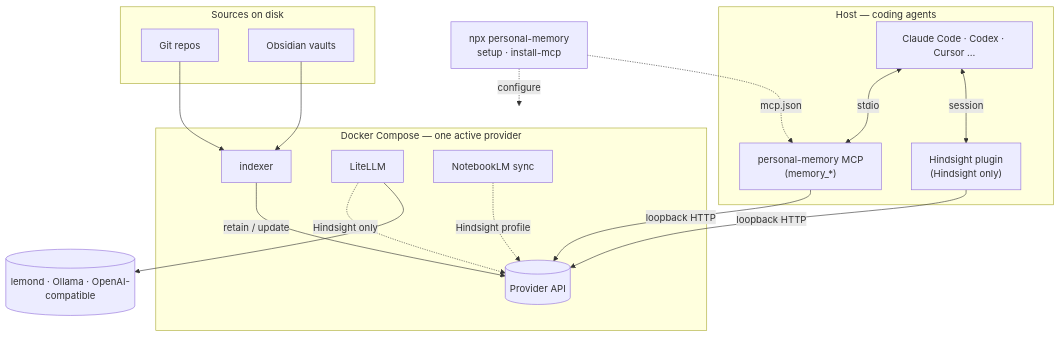
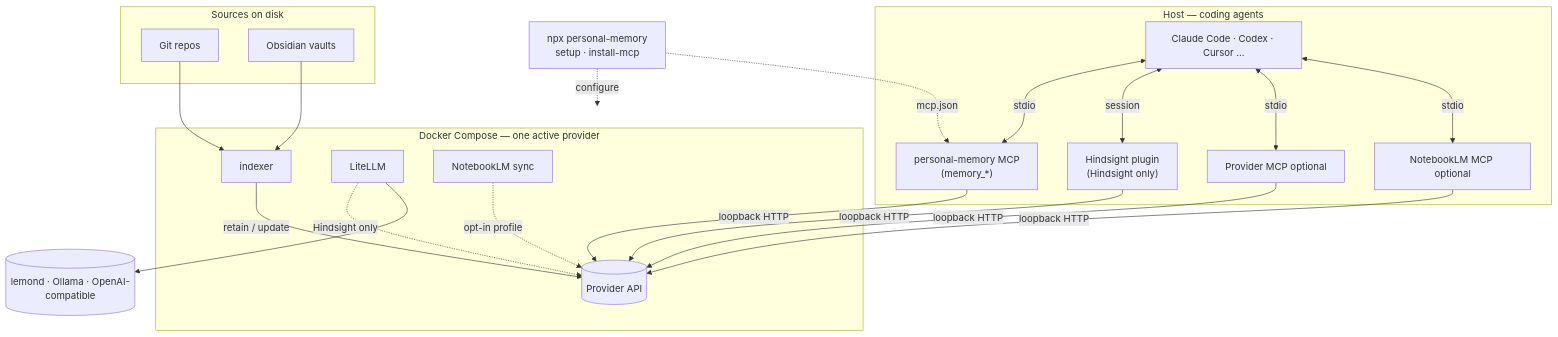
Before and after one commit to bcmyguest/openmem: the diagram in README.md, drawn with Mermaid. The commit also changed other lines of this file and 19 other files, not shown here.

First line of the commit message:
fix(site): unbreak Pages by committing diagram SVGs

````diff
--- a/README.md
+++ b/README.md
@@ -43,35 +43,41 @@
 ```mermaid
 flowchart TB
   subgraph disk["Sources on disk"]
     GIT[Git repos]
     OBS[Obsidian vaults]
   end
 
   subgraph compose["Docker Compose — one active provider"]
     IDX[indexer]
     PROV[(Provider API)]
     IDX -->|retain / update| PROV
     LIT[LiteLLM]
     NLM[NotebookLM sync]
     LIT -.->|Hindsight only| PROV
-    NLM -.->|Hindsight profile| PROV
+    NLM -.->|opt-in profile| PROV
   end
 
   LIT --> LLM[(lemond · Ollama · OpenAI-compatible)]
 
   subgraph host["Host — coding agents"]
     AG[Claude Code · Codex · Cursor …]
     UMCP["personal-memory MCP\n(memory_*)"]
     PLG["Hindsight plugin\n(Hindsight only)"]
+    PMCP[Provider MCP optional]
+    NLMCP[NotebookLM MCP optional]
   end
 
   GIT --> IDX
   OBS --> IDX
   AG <-->|stdio| UMCP
   AG <-->|session| PLG
+  AG <-->|stdio| PMCP
+  AG <-->|stdio| NLMCP
   UMCP -->|loopback HTTP| PROV
   PLG -->|loopback HTTP| PROV
+  PMCP -->|loopback HTTP| PROV
+  NLMCP -->|loopback HTTP| PROV
 
   W["npx personal-memory\nsetup · install-mcp"] -.->|configure| compose
   W -.->|mcp.json| UMCP
 ```
````
